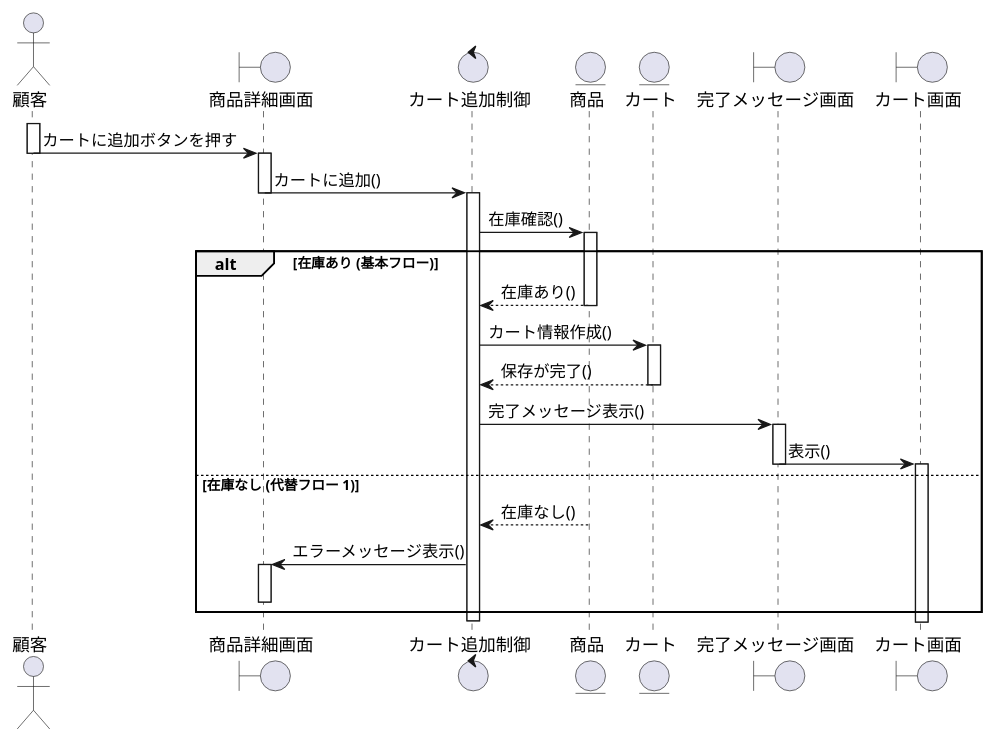
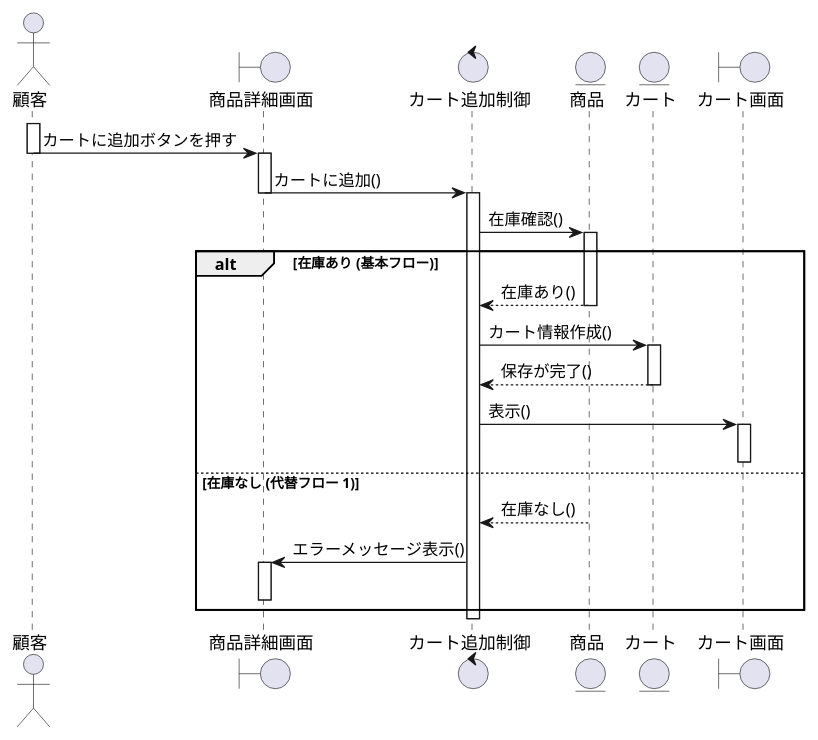
Before and after one commit to ko246/ohara_uml: the diagram in group/3-3_総合演習1_BBショップ注文管理システム/シーケンス図/sequence_c_04_cartAdd.pu, drawn with PlantUML.

Commit message:
シーケンス図修正

```diff
--- a/group/3-3_総合演習1_BBショップ注文管理システム/シーケンス図/sequence_c_04_cartAdd.pu
+++ b/group/3-3_総合演習1_BBショップ注文管理システム/シーケンス図/sequence_c_04_cartAdd.pu
@@ -1,65 +1,55 @@
-@startuml カートに追加_シーケンス図_最終版_表示責務修正
+@startuml カートに追加_シーケンス図_完了画面削除
 
 actor 顧客
 boundary 商品詳細画面
 control カート追加制御
 entity 商品
 entity カート
-boundary 完了メッセージ画面
 boundary カート画面
 
 activate 顧客
 顧客 -> 商品詳細画面 : カートに追加ボタンを押す
 deactivate 顧客
 
 activate 商品詳細画面
 商品詳細画面 -> カート追加制御 : カートに追加()
 
 deactivate 商品詳細画面
 
 activate カート追加制御
 カート追加制御 -> 商品 : 在庫確認()
 
 activate 商品
 alt 在庫あり (基本フロー)
     商品 --> カート追加制御 : 在庫あり()
     deactivate 商品
 
     ' 基本フロー 2: カートのデータを作成
     カート追加制御 -> カート : カート情報作成()
 
     activate カート
     カート --> カート追加制御 : 保存が完了()
     deactivate カート
 
-    ' 基本フロー 3: カート追加完了メッセージの表示
-    カート追加制御 -> 完了メッセージ画面 : 完了メッセージ表示()
-
-    activate 完了メッセージ画面
-    
-    ' 基本フロー 4: カート画面を表示
-    完了メッセージ画面 -> カート画面 : 表示()
-    
-    deactivate 完了メッセージ画面
+    ' 基本フロー 3 & 4: カート画面を表示 (完了メッセージは画面内で処理されると解釈)
+    カート追加制御 -> カート画面 : 表示()
     
     activate カート画面
     ' 顧客への最終的な表示は画面（境界クラス）が責任を負うため、矢印を省略
-    ' カート画面 --> 顧客 : カート画面表示 (← このメッセージを削除)
     deactivate カート画面
     
 else 在庫なし (代替フロー 1)
     商品 --> カート追加制御 : 在庫なし()
     deactivate 商品
     
     ' 代替フロー 1: エラーメッセージを表示
     カート追加制御 -> 商品詳細画面 : エラーメッセージ表示()
     
     activate 商品詳細画面
     ' 顧客への最終的な表示は画面（境界クラス）が責任を負うため、矢印を省略
-    ' 商品詳細画面 --> 顧客 : エラーメッセージ表示 (← このメッセージを削除)
     deactivate 商品詳細画面
 end
 
 deactivate カート追加制御
 
 @enduml
```
